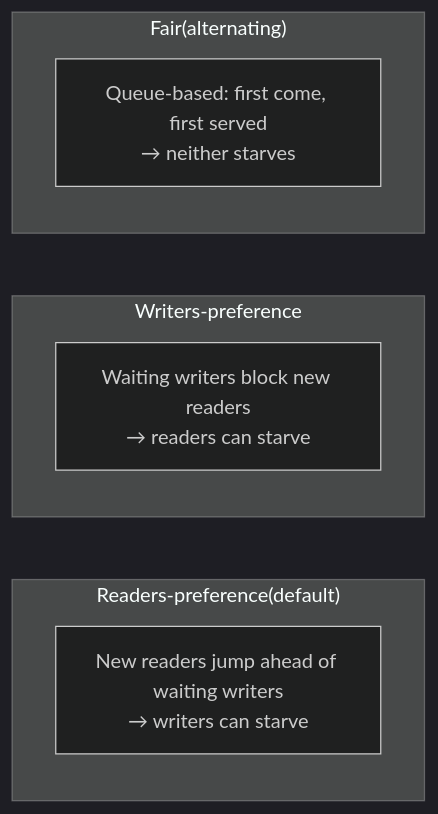
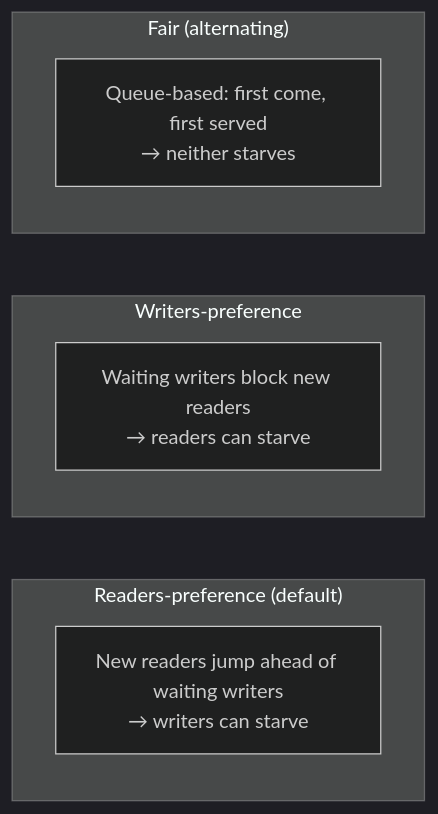
One commit to pploc/swe-icon-the-moment changed the diagram in content/questions/fundamentals/readers-writers.md. Above: the diagram before and after it, drawn with Mermaid (dark theme). The commit also changed 95 other files, not shown here.

Commit message:
fix: update the practice mode diagram bug not display

````diff
--- a/content/questions/fundamentals/readers-writers.md
+++ b/content/questions/fundamentals/readers-writers.md
@@ -24,15 +24,16 @@
 ```mermaid
 flowchart LR
-    subgraph Readers_pref["Readers-preference(default)"]
+    subgraph Readers_pref ["Readers-preference (default)"]
         RP["New readers jump ahead of waiting writers\n→ writers can starve"]
     end
-    subgraph Writers_pref["Writers-preference"]
+    subgraph Writers_pref ["Writers-preference"]
         WP["Waiting writers block new readers\n→ readers can starve"]
     end
-    subgraph Fair["Fair(alternating)"]
+    subgraph Fair ["Fair (alternating)"]
         F["Queue-based: first come, first served\n→ neither starves"]
     end
 
 
 
+
 ```
````
